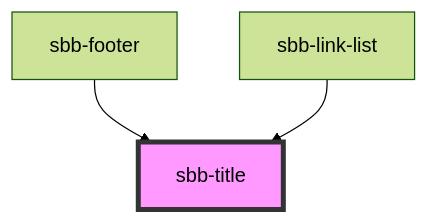
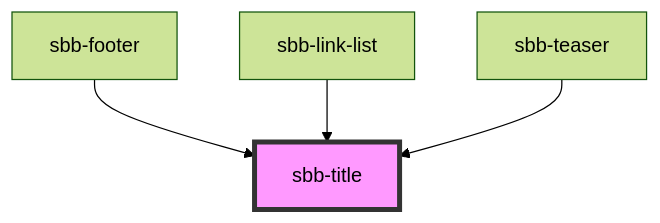
The diagram in src/components/sbb-title/readme.md (sbb-design-systems/lyne-components), drawn with Mermaid (forest theme) before and after one commit. The commit also changed other lines of this file and 5 other files, not shown here.

````diff
--- a/src/components/sbb-title/readme.md
+++ b/src/components/sbb-title/readme.md
@@ -30,6 +31,7 @@
 ```mermaid
 graph TD;
   sbb-footer --> sbb-title
   sbb-link-list --> sbb-title
+  sbb-teaser --> sbb-title
   style sbb-title fill:#f9f,stroke:#333,stroke-width:4px
 ```
````
